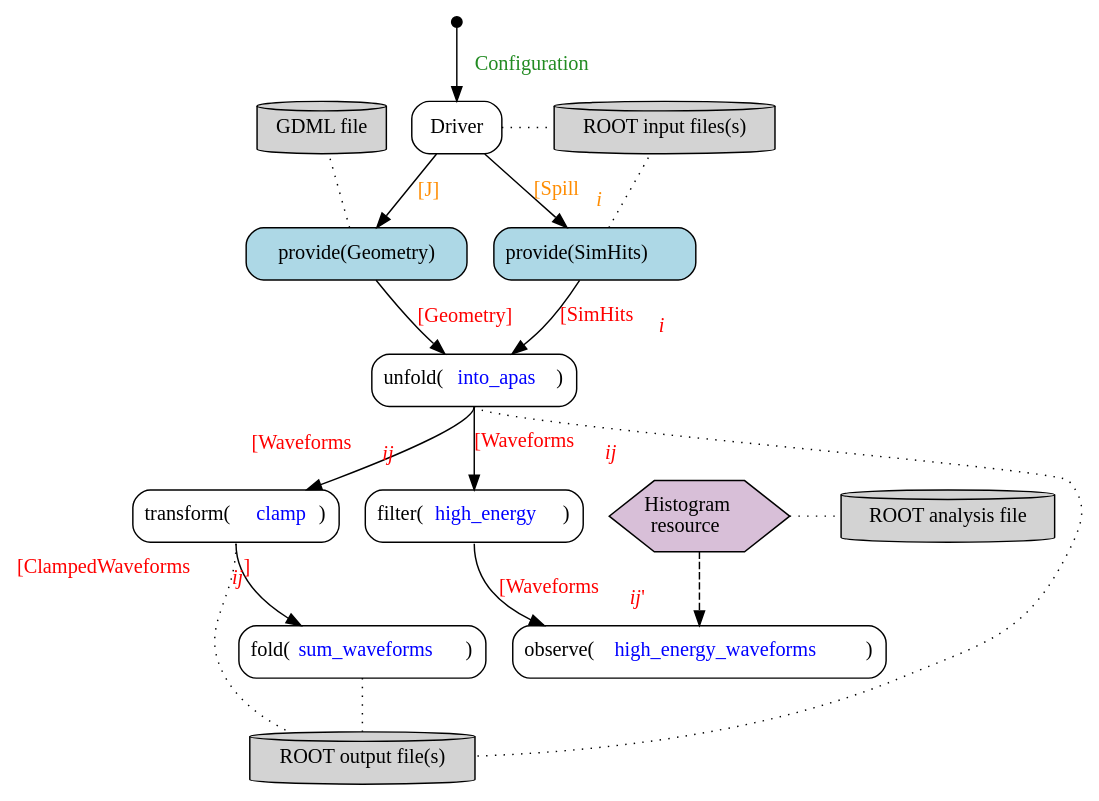
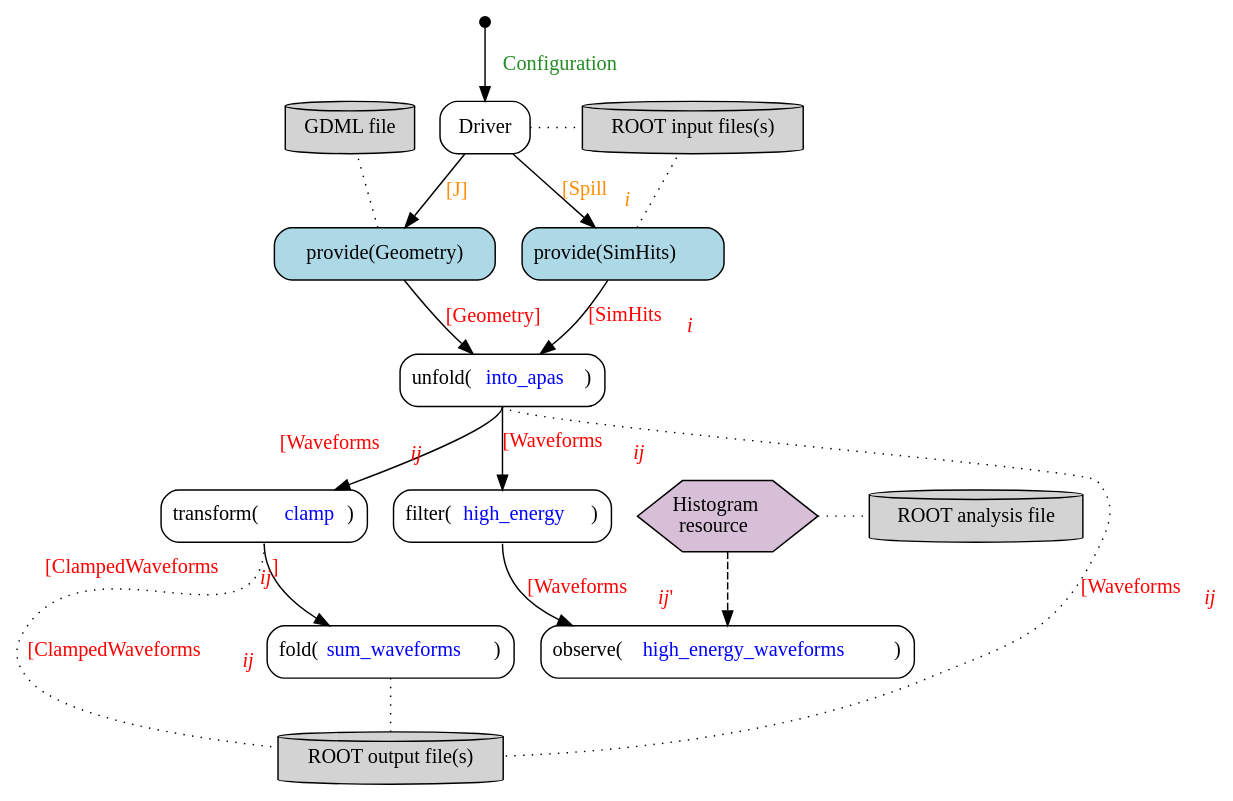
The diagram in doc/graphviz/work-flow.gv (Framework-R-D/phlex-design), drawn with Graphviz before and after one commit.

Commit message:
Add more labels to figure 3.2

```diff
--- a/doc/graphviz/work-flow.gv
+++ b/doc/graphviz/work-flow.gv
@@ -1,65 +1,65 @@
 digraph {
   node [shape="box", style="rounded"]
   edge [fontcolor="red"];
 
   start [shape="point", width=0.1]
   unfold [label=<unfold(<font color="blue">into_apas</font>)>]
   transform [label=<transform(<font color="blue">clamp</font>)>]
   fold [label=<fold(<font color="blue">sum_waveforms</font>)>]
   filter [label=<filter(<font color="blue">high_energy</font>)>];
   observer [label=<observe(<font color="blue">high_energy_waveforms</font>)>];
   out [label="ROOT output file(s)", shape="cylinder", style="filled", fillcolor="lightgray"]
 
   {
     rank=same;
     resource [label=<Histogram<br/> resource>,
               shape=hexagon,
               style=filled,
               fillcolor=thistle,
               margin=0];
     root [label="ROOT analysis file", style=filled, shape=cylinder];
   }
 
   start -> driver [label=" Configuration", fontcolor="forestgreen"];
 
   {
     rank=same;
     gdml [label="GDML file", shape="cylinder", style="filled", fillcolor="lightgray"]
     driver [label="Driver"];
     input [label="ROOT input files(s)", shape="cylinder", style="filled", fillcolor="lightgray"];
   }
 
   driver -> input [style="dotted", arrowhead=none];
 
   {
     rank=same;
     geometry [label="provide(Geometry)", style="filled,rounded", fillcolor="lightblue"];
     sim_hits_provider [label=<provide(SimHits)>, style="filled,rounded" fillcolor="lightblue"];
   }
 
   driver -> geometry [label=" [J]", fontcolor="darkorange"];
   driver -> sim_hits_provider [label=< [Spill<sub><i>i</i></sub>]>, fontcolor="darkorange"];
 
   geometry -> gdml [style="dotted", arrowhead=none];
   resource -> root [style="dotted", arrowhead=none];
 
   sim_hits_provider -> input [style="dotted", arrowhead=none];
   sim_hits_provider -> unfold [label=< [SimHits<sub><i>i</i></sub>]>];
   geometry -> unfold [label=< [Geometry]>];
 
   unfold:s -> transform [xlabel=< [Waveforms<sub><i>ij</i></sub>]>];
   transform:s -> fold [taillabel=<[ClampedWaveforms<sub><i>ij</i></sub>] >,
                        labelangle=-80,
                        labeldistance=7
                       ];
 
-  unfold:s -> out [style="dotted", arrowhead=none];
-  transform:s -> out [style="dotted", arrowhead=none];
+  unfold:s -> out [style="dotted", arrowhead=none, label=<[Waveforms<sub><i>ij</i></sub>]>];
+  transform:s -> out [style="dotted", arrowhead=none, label=<[ClampedWaveforms<sub><i>ij</i></sub>]>];
 
 
   unfold:s -> filter [label=< [Waveforms<sub><i>ij</i></sub>]>];
   filter:s -> observer [label=< [Waveforms<sub><i>ij</i> '</sub>]>];
   resource -> observer [style="dashed"];
 
   fold:s -> out [style="dotted", arrowhead=none];
 }
```
